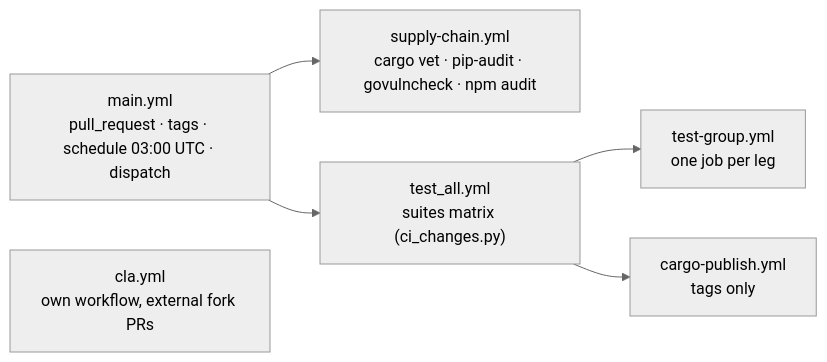
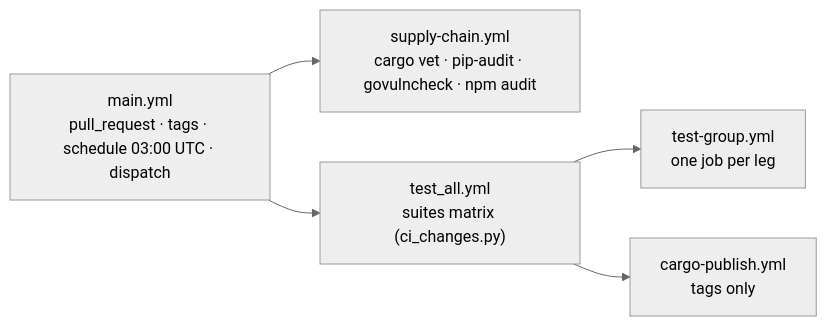
Before and after one commit to Cosmian/kms: the first of 3 diagrams in .github/workflows/README_main.md, drawn with Mermaid (neutral theme). The commit also changed other lines of this file and 2 other files, not shown here.

First line of the commit message:
ci: replace cla.yml workflow with the hosted CLA Assistant GitHub App

````diff
--- a/.github/workflows/README_main.md
+++ b/.github/workflows/README_main.md
@@ -18,12 +18,11 @@
 ```mermaid
 flowchart LR
     Main["main.yml<br/>pull_request · tags · schedule 03:00 UTC · dispatch"]
-    Cla["cla.yml<br/>own workflow, external fork PRs"]
     Supply["supply-chain.yml<br/>cargo vet · pip-audit · govulncheck · npm audit"]
     TestAll["test_all.yml<br/>suites matrix (ci_changes.py)"]
     Group["test-group.yml<br/>one job per leg"]
     Pub["cargo-publish.yml<br/>tags only"]
     Main --> Supply & TestAll
     TestAll --> Group
     TestAll --> Pub
 ```
````
